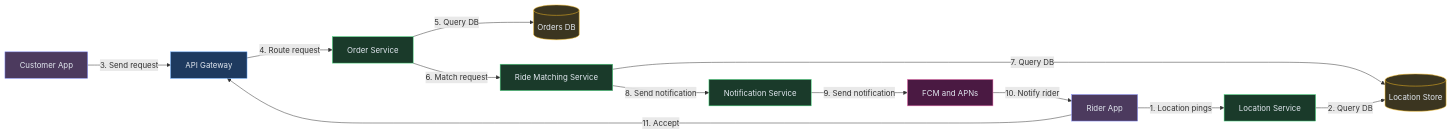
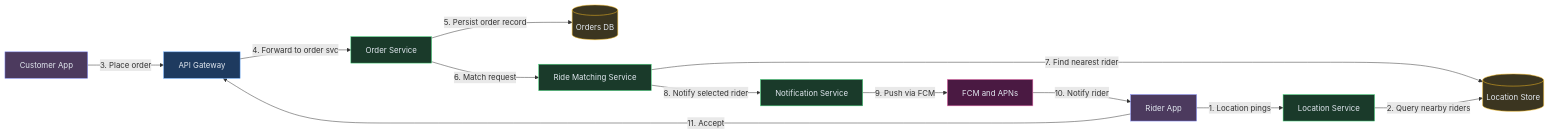
The fourth of 12 diagrams in content/hld/Zomato.md (iluzn/HLD-Designs), drawn with Mermaid before and after one commit. The commit also changed other lines of this file and 27 other files, not shown here.

````diff
--- a/content/hld/Zomato.md
+++ b/content/hld/Zomato.md
@@ -242,31 +242,31 @@
 ```mermaid
 flowchart LR
     CUST["Customer App"]:::client
     RIDER["Rider App"]:::client
     GW["API Gateway"]:::edge
     ORDER["Order Service"]:::service
     MATCH["Ride Matching Service"]:::service
     LOC["Location Service"]:::service
     NOTIF["Notification Service"]:::service
     LOCDB[("Location Store")]:::data
     ORDERDB[("Orders DB")]:::data
     PUSH["FCM and APNs"]:::external
 
     RIDER -->|"1. Location pings"| LOC
-    LOC -->|"2. Query DB"| LOCDB
-    CUST -->|"3. Send request"| GW
-    GW -->|"4. Route request"| ORDER
-    ORDER -->|"5. Query DB"| ORDERDB
+    LOC -->|"2. Query nearby riders"| LOCDB
+    CUST -->|"3. Place order"| GW
+    GW -->|"4. Forward to order svc"| ORDER
+    ORDER -->|"5. Persist order record"| ORDERDB
     ORDER -->|"6. Match request"| MATCH
-    MATCH -->|"7. Query DB"| LOCDB
-    MATCH -->|"8. Send notification"| NOTIF
-    NOTIF -->|"9. Send notification"| PUSH
+    MATCH -->|"7. Find nearest rider"| LOCDB
+    MATCH -->|"8. Notify selected rider"| NOTIF
+    NOTIF -->|"9. Push via FCM"| PUSH
     PUSH -->|"10. Notify rider"| RIDER
     RIDER -->|"11. Accept"| GW
 
     classDef client fill:#4c3a5e,stroke:#818cf8,color:#e2e8f0
     classDef edge fill:#1e3a5f,stroke:#60a5fa,color:#e2e8f0
     classDef service fill:#1a3a2a,stroke:#4ade80,color:#e2e8f0
     classDef data fill:#3b3520,stroke:#fbbf24,color:#e2e8f0
     classDef external fill:#4a1942,stroke:#f472b6,color:#e2e8f0
 ```
````
